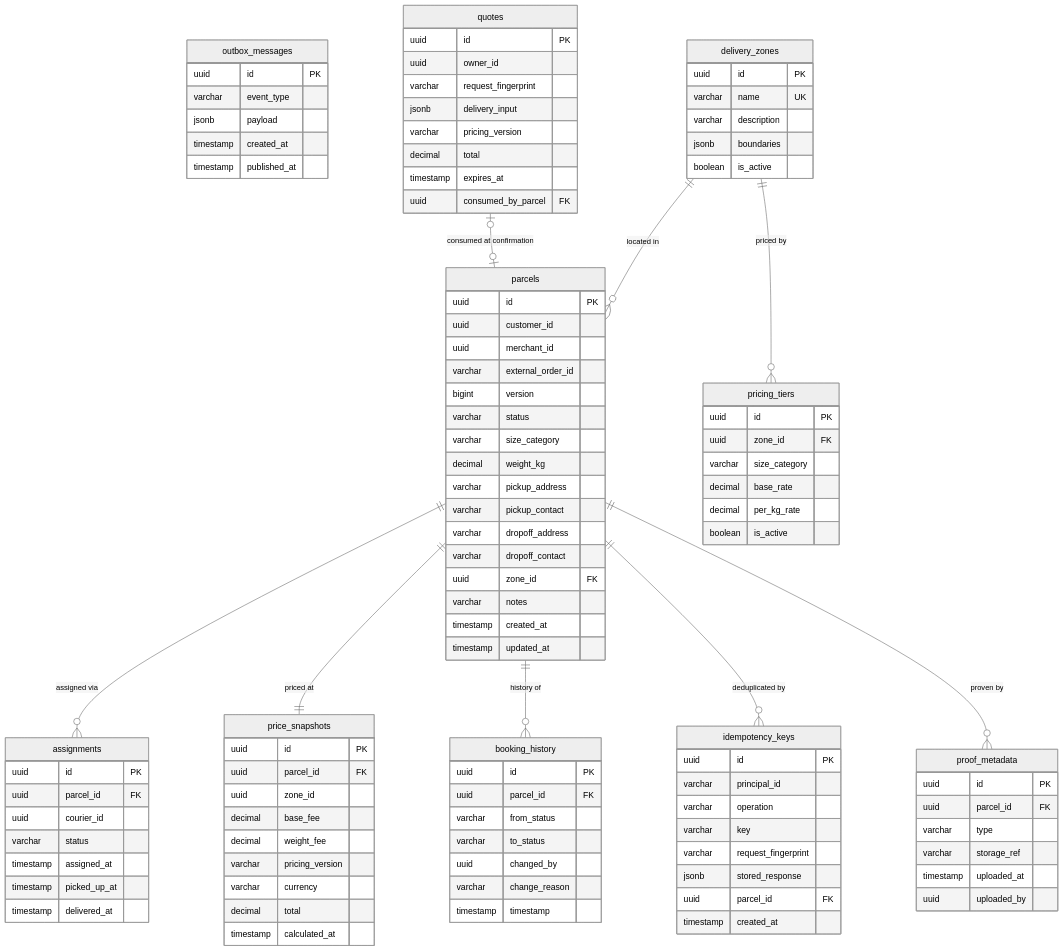
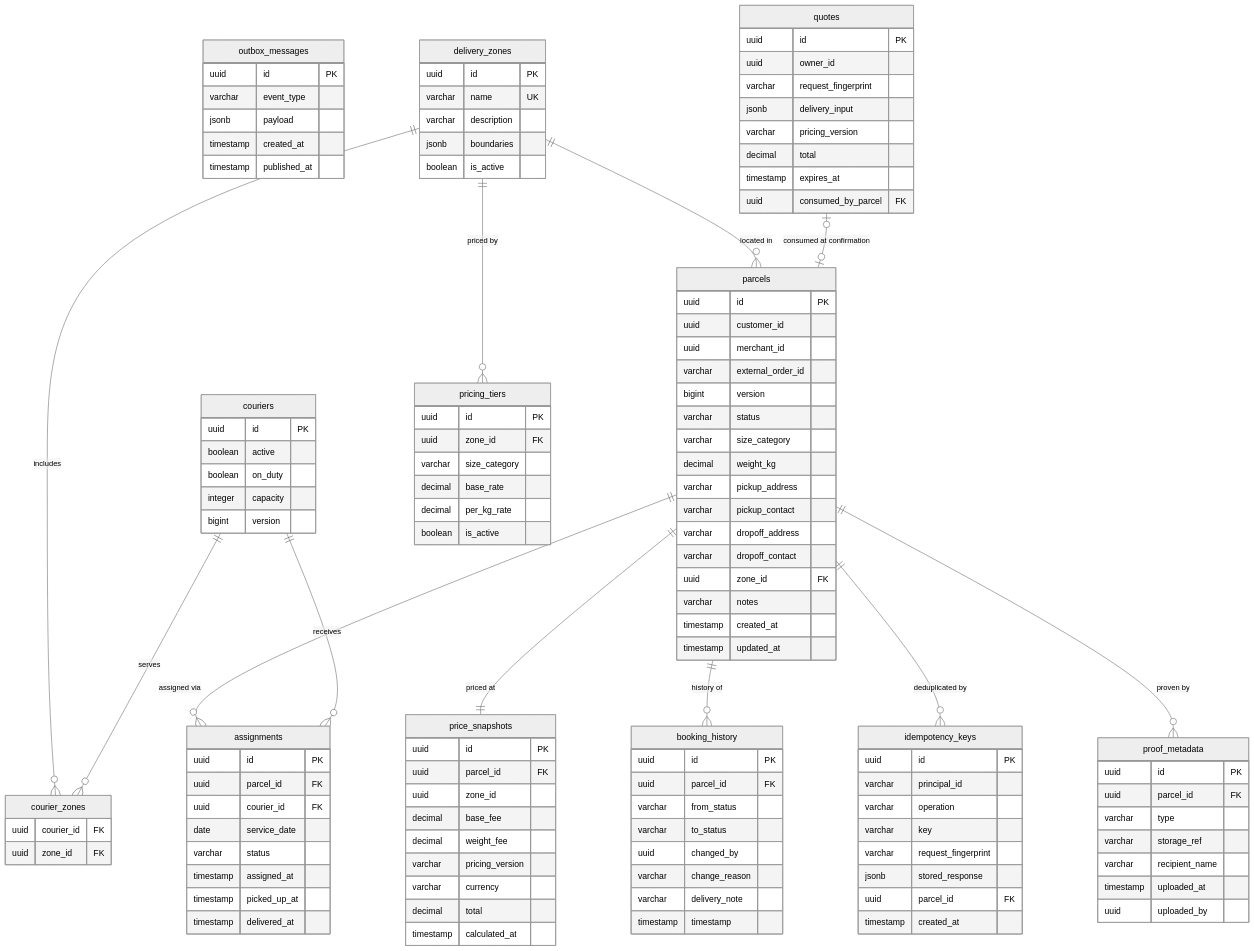
One commit to SwiftDrop-Group09/swiftdrop-docs changed the second of 7 diagrams in design/diagrams/er/README.md. Above: the diagram before and after it, drawn with Mermaid (neutral theme). The commit also changed other lines of this file and 35 other files, not shown here.

```diff
--- a/design/diagrams/er/README.md
+++ b/design/diagrams/er/README.md
@@ -105,10 +105,24 @@
         timestamp updated_at
     }
 
+    couriers {
+        uuid id PK
+        boolean active
+        boolean on_duty
+        integer capacity
+        bigint version
+    }
+
+    courier_zones {
+        uuid courier_id FK
+        uuid zone_id FK
+    }
+
     assignments {
         uuid id PK
         uuid parcel_id FK
-        uuid courier_id
+        uuid courier_id FK
+        date service_date
         varchar status
         timestamp assigned_at
         timestamp picked_up_at
@@ -134,6 +148,7 @@
         varchar to_status
         uuid changed_by
         varchar change_reason
+        varchar delivery_note
         timestamp timestamp
     }
 
@@ -161,6 +176,7 @@
         uuid parcel_id FK
         varchar type
         varchar storage_ref
+        varchar recipient_name
         timestamp uploaded_at
         uuid uploaded_by
     }
@@ -193,6 +209,9 @@
         uuid consumed_by_parcel FK
     }
 
+    couriers ||--o{ assignments : "receives"
+    couriers ||--o{ courier_zones : "serves"
+    delivery_zones ||--o{ courier_zones : "includes"
     parcels ||--o{ assignments : "assigned via"
     parcels ||--|| price_snapshots : "priced at"
     parcels ||--o{ booking_history : "history of"
```
